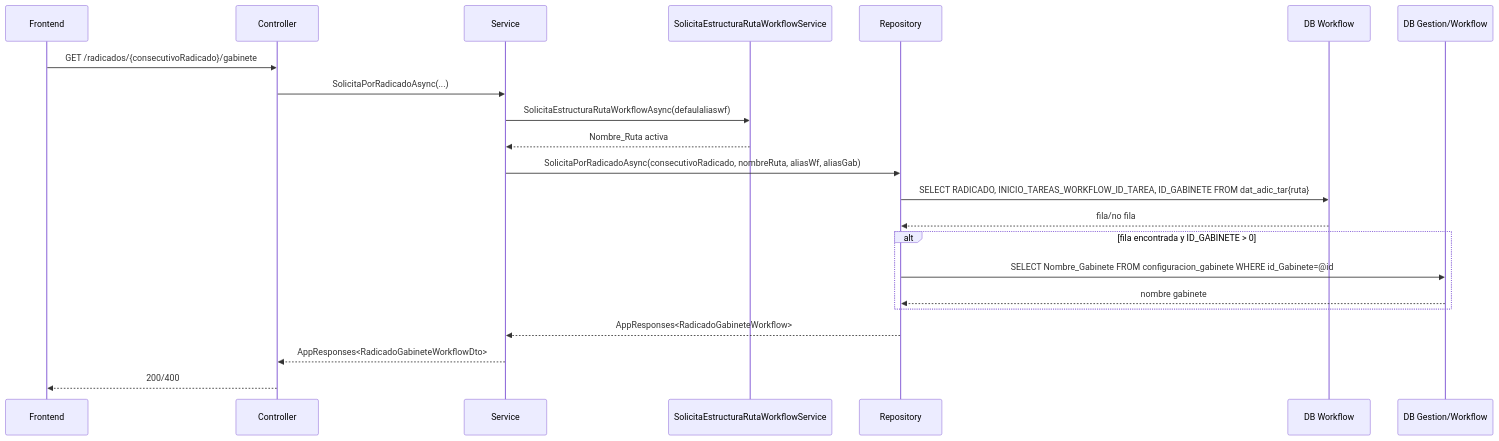
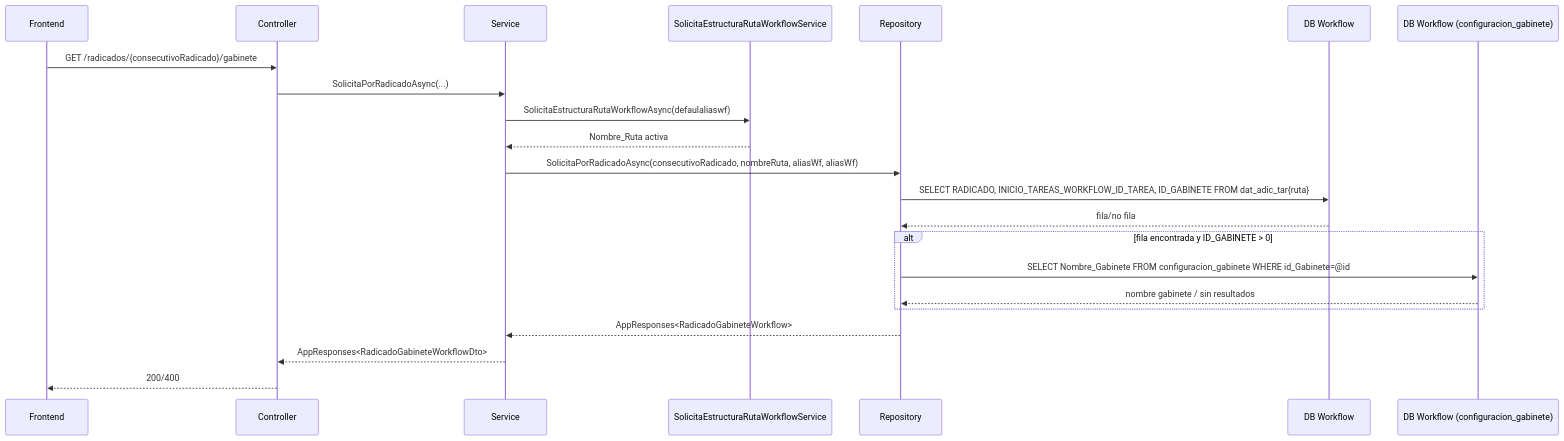
One commit to miguelurueta/DocuArchiCore changed the first of 2 diagrams in Docs/Workflow/RutaTrabajo/SCRUM-207-Diagramas.md. Above: the diagram before and after it, drawn with Mermaid. The commit also changed other lines of this file and 10 other files, not shown here.

Commit message:
SCRUM-207 alinea docs/spec/tests con alias WF y NombreGabinete obligatorio

````diff
--- a/Docs/Workflow/RutaTrabajo/SCRUM-207-Diagramas.md
+++ b/Docs/Workflow/RutaTrabajo/SCRUM-207-Diagramas.md
@@ -5,25 +5,25 @@
 ```mermaid
 sequenceDiagram
     participant FE as Frontend
     participant API as Controller
     participant SVC as Service
     participant RUTA as SolicitaEstructuraRutaWorkflowService
     participant REP as Repository
     participant DBWF as DB Workflow
-    participant DBGD as DB Gestion/Workflow
+    participant DBGAB as DB Workflow (configuracion_gabinete)
 
     FE->>API: GET /radicados/{consecutivoRadicado}/gabinete
     API->>SVC: SolicitaPorRadicadoAsync(...)
     SVC->>RUTA: SolicitaEstructuraRutaWorkflowAsync(defaulaliaswf)
     RUTA-->>SVC: Nombre_Ruta activa
-    SVC->>REP: SolicitaPorRadicadoAsync(consecutivoRadicado, nombreRuta, aliasWf, aliasGab)
+    SVC->>REP: SolicitaPorRadicadoAsync(consecutivoRadicado, nombreRuta, aliasWf, aliasWf)
     REP->>DBWF: SELECT RADICADO, INICIO_TAREAS_WORKFLOW_ID_TAREA, ID_GABINETE FROM dat_adic_tar{ruta}
     DBWF-->>REP: fila/no fila
     alt fila encontrada y ID_GABINETE > 0
-        REP->>DBGD: SELECT Nombre_Gabinete FROM configuracion_gabinete WHERE id_Gabinete=@id
-        DBGD-->>REP: nombre gabinete
+        REP->>DBGAB: SELECT Nombre_Gabinete FROM configuracion_gabinete WHERE id_Gabinete=@id
+        DBGAB-->>REP: nombre gabinete / sin resultados
     end
     REP-->>SVC: AppResponses<RadicadoGabineteWorkflow>
     SVC-->>API: AppResponses<RadicadoGabineteWorkflowDto>
     API-->>FE: 200/400
 ```
````
